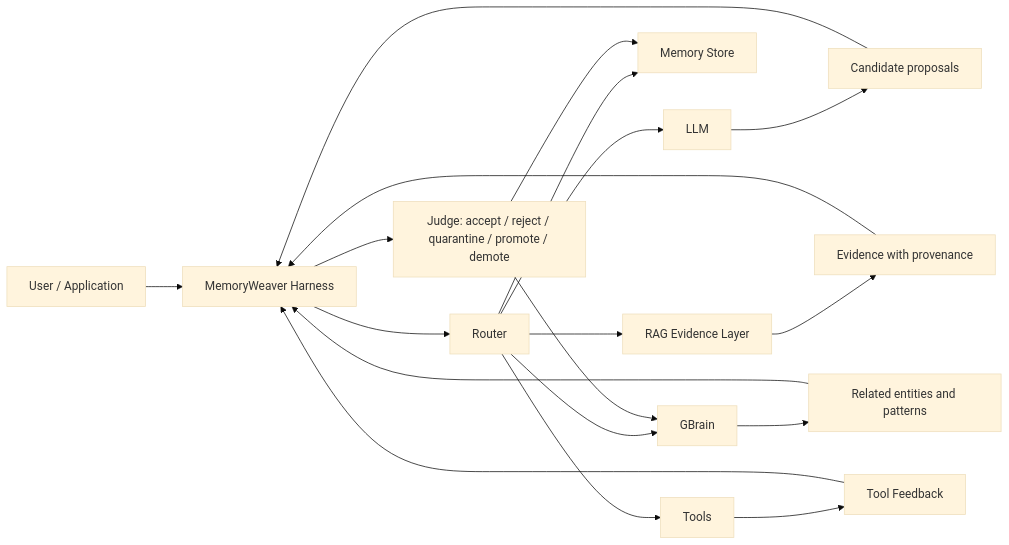
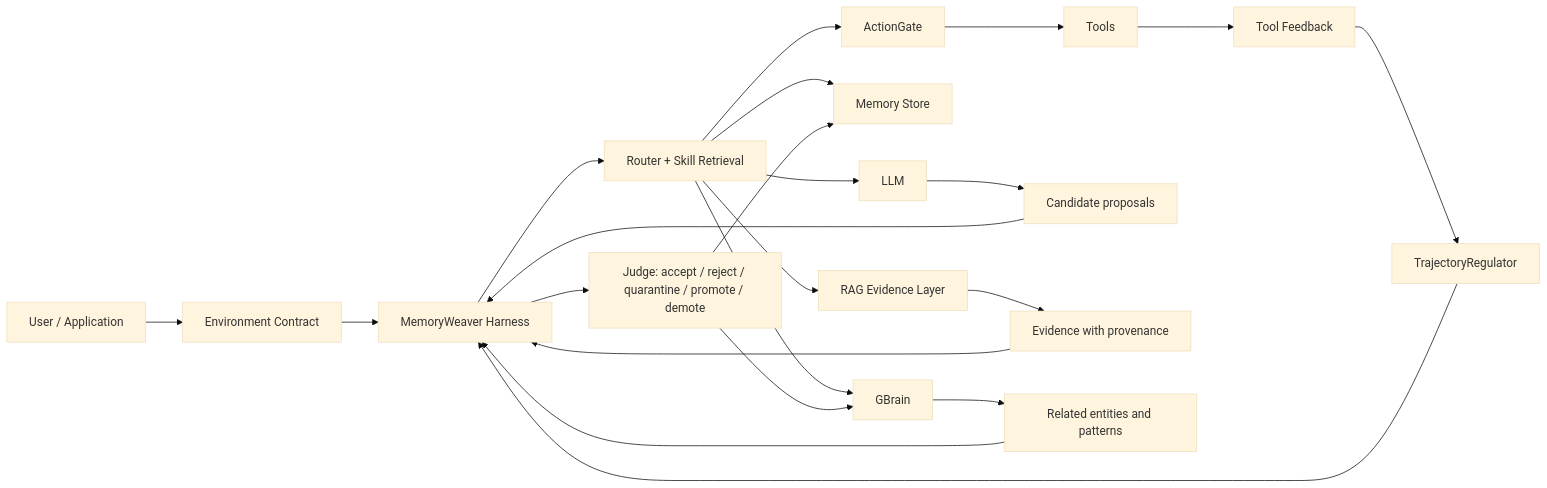
Before and after one commit to Invovel/weaver-memory: the first of 2 diagrams in docs/architecture.md, drawn with Mermaid (base theme). The commit also changed other lines of this file and 11 other files, not shown here.

````diff
--- a/docs/architecture.md
+++ b/docs/architecture.md
@@ -23,21 +24,24 @@
 ```mermaid
 flowchart LR
-    U["User / Application"] --> H["MemoryWeaver Harness"]
-    H --> RT["Router"]
+    U["User / Application"] --> EC["Environment Contract"]
+    EC --> H["MemoryWeaver Harness"]
+    H --> RT["Router + Skill Retrieval"]
     RT --> L["LLM"]
     RT --> M["Memory Store"]
     RT --> G["GBrain"]
     RT --> R["RAG Evidence Layer"]
-    RT --> T["Tools"]
+    RT --> AG["ActionGate"]
+    AG --> T["Tools"]
     T --> F["Tool Feedback"]
-    F --> H
+    F --> TR["TrajectoryRegulator"]
+    TR --> H
     L --> P["Candidate proposals"]
     P --> H
     R --> E["Evidence with provenance"]
     E --> H
     G --> X["Related entities and patterns"]
     X --> H
     H --> J["Judge: accept / reject / quarantine / promote / demote"]
     J --> M
     J --> G
 ```
````
